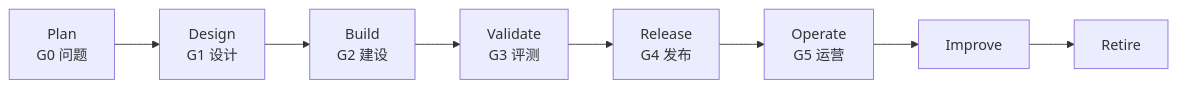
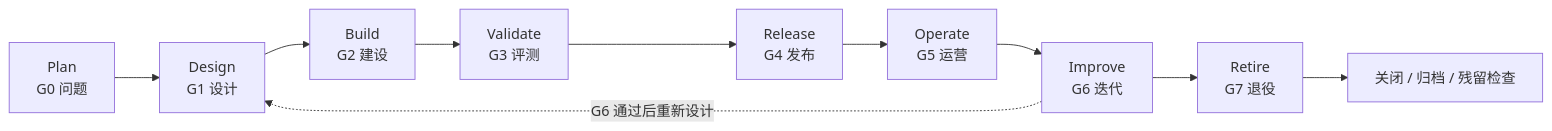
The diagram in docs/guide/02-lifecycle.md (ai-guru-global/the-ops-agent-book), drawn with Mermaid before and after one commit. The commit also changed other lines of this file and 144 other files, not shown here.

````diff
--- a/docs/guide/02-lifecycle.md
+++ b/docs/guide/02-lifecycle.md
@@ -26,4 +30,7 @@
 ```mermaid
 flowchart LR
-  P[Plan<br/>G0 问题] --> D[Design<br/>G1 设计] --> B[Build<br/>G2 建设] --> V[Validate<br/>G3 评测] --> R[Release<br/>G4 发布] --> O[Operate<br/>G5 运营] --> I[Improve] --> T[Retire]
+  P[Plan<br/>G0 问题] --> D[Design<br/>G1 设计] --> B[Build<br/>G2 建设] --> V[Validate<br/>G3 评测]
+  V --> R[Release<br/>G4 发布] --> O[Operate<br/>G5 运营] --> I[Improve<br/>G6 迭代] --> T[Retire<br/>G7 退役]
+  I -. G6 通过后重新设计 .-> D
+  T --> X[关闭 / 归档 / 残留检查]
 ```
````
